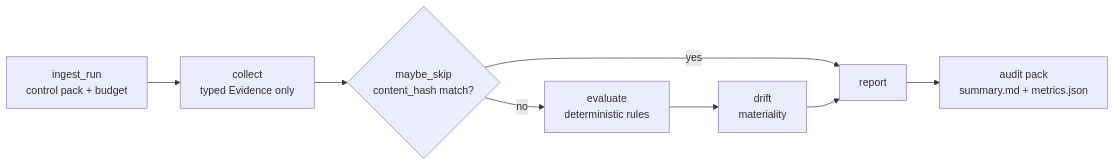
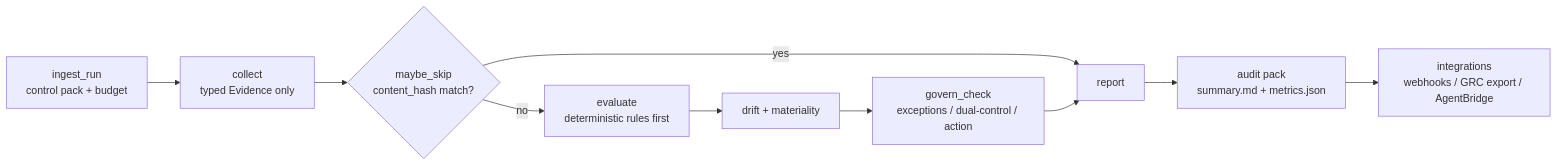
One commit to Logonotobscurity/ArchAudit-CCM changed the diagram in README.md. Above: the diagram before and after it, drawn with Mermaid. The commit also changed other lines of this file and 3 other files, not shown here.

Commit message:
Realign ArchAudit to 2026 CCM market: evidence-native + action automation, deterministic-first, integration-ready, African operating context

````diff
--- a/README.md
+++ b/README.md
@@ -19,10 +50,12 @@
 ```mermaid
 flowchart LR
   A[ingest_run<br/>control pack + budget] --> B[collect<br/>typed Evidence only]
   B --> C{maybe_skip<br/>content_hash match?}
-  C -->|no| D[evaluate<br/>deterministic rules]
+  C -->|no| D[evaluate<br/>deterministic rules first]
   C -->|yes| E[report]
-  D --> F[drift<br/>materiality]
-  F --> E
-  E --> G[audit pack<br/>summary.md + metrics.json]
+  D --> F[drift + materiality]
+  F --> G[govern_check<br/>exceptions / dual-control / action]
+  G --> E
+  E --> H[audit pack<br/>summary.md + metrics.json]
+  H --> I[integrations<br/>webhooks / GRC export / AgentBridge]
 ```
````
